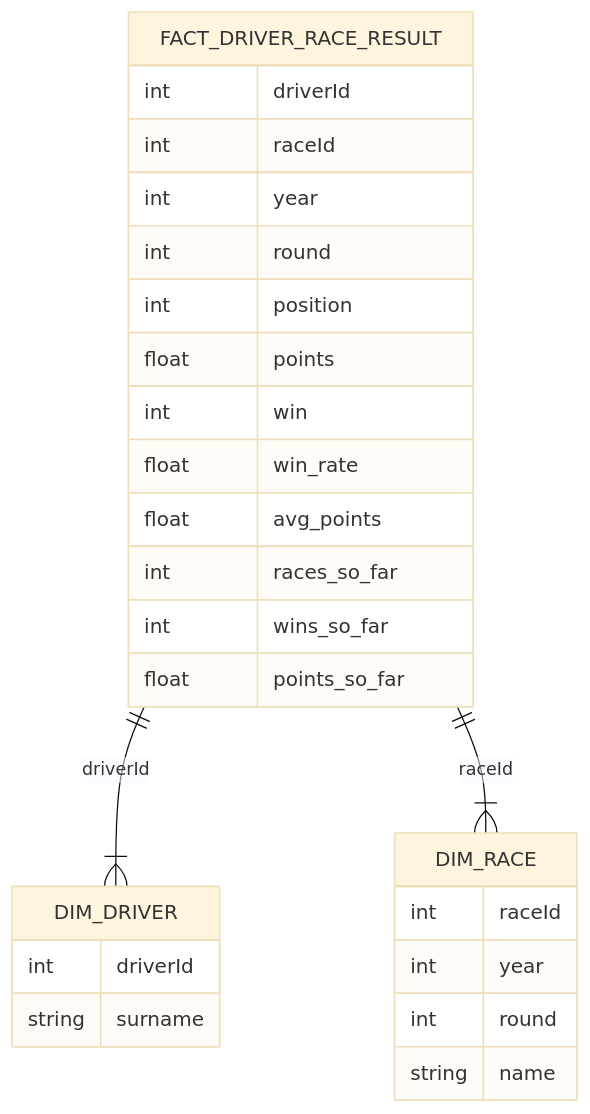
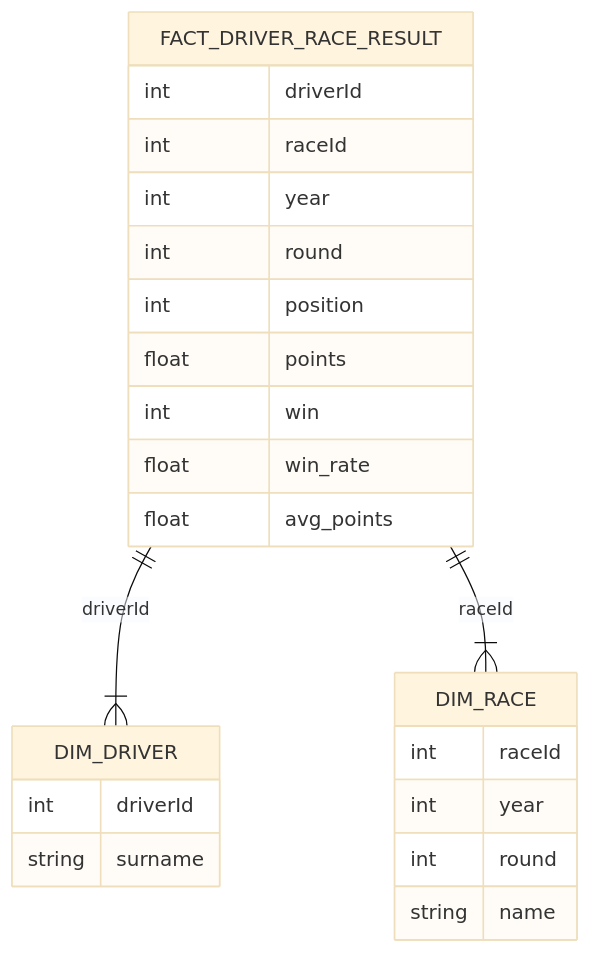
Before and after one commit to yenatariys/formula1-ml-pipeline: the diagram in docs/star_schema.md, drawn with Mermaid (base theme).

Commit message:
Remove unnecessary fields from DIM_DRIVER in star schema

````diff
--- a/docs/star_schema.md
+++ b/docs/star_schema.md
@@ -14,29 +14,26 @@
 ```mermaid
 erDiagram
     FACT_DRIVER_RACE_RESULT {
         int driverId
         int raceId
         int year
         int round
         int position
         float points
         int win
         float win_rate
         float avg_points
-        int races_so_far
-        int wins_so_far
-        float points_so_far
     }
     DIM_DRIVER {
         int driverId
         string surname
     }
     DIM_RACE {
         int raceId
         int year
         int round
         string name
     }
     FACT_DRIVER_RACE_RESULT ||--|{ DIM_DRIVER : "driverId"
     FACT_DRIVER_RACE_RESULT ||--|{ DIM_RACE : "raceId"
 ```
````
